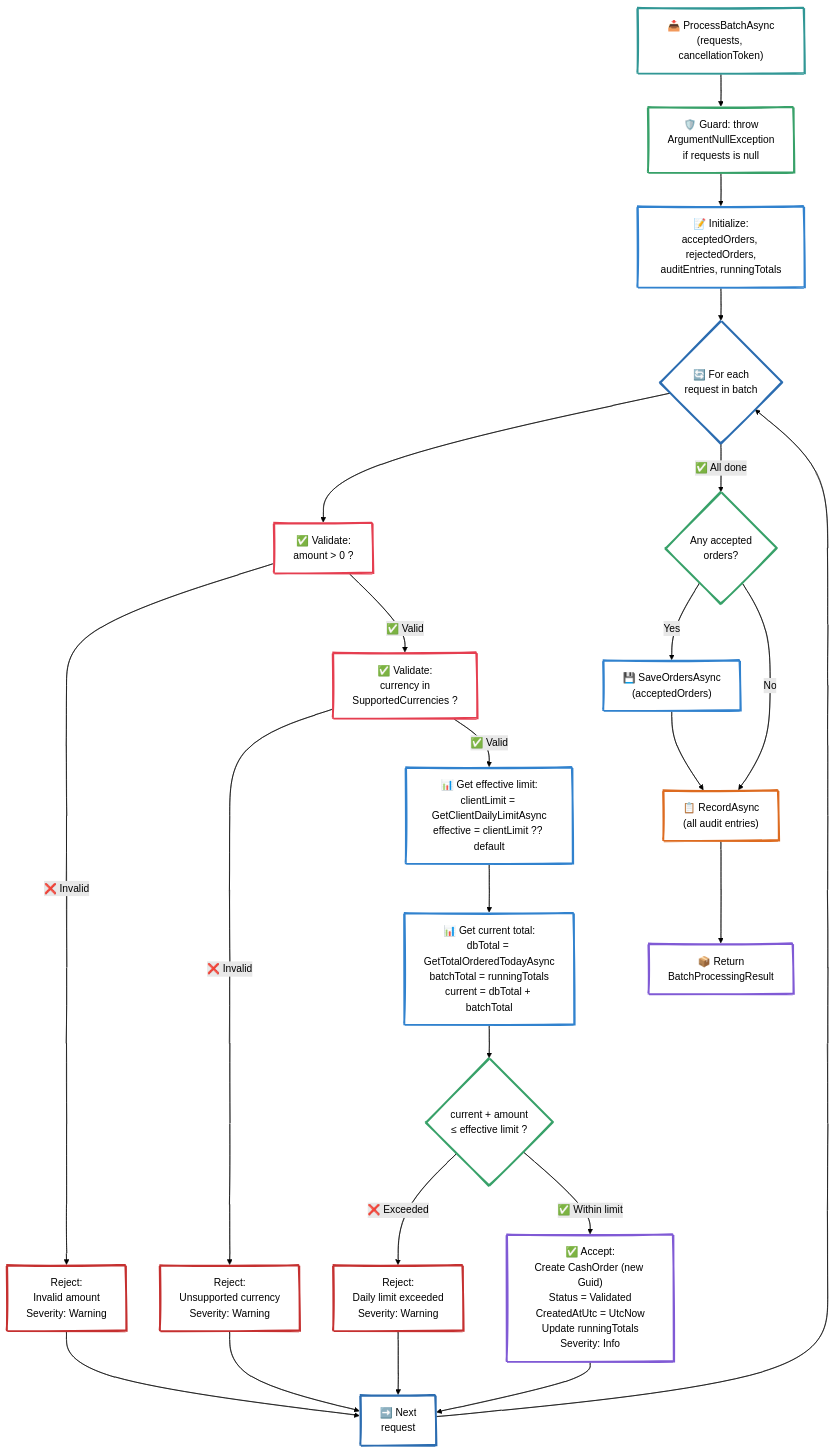
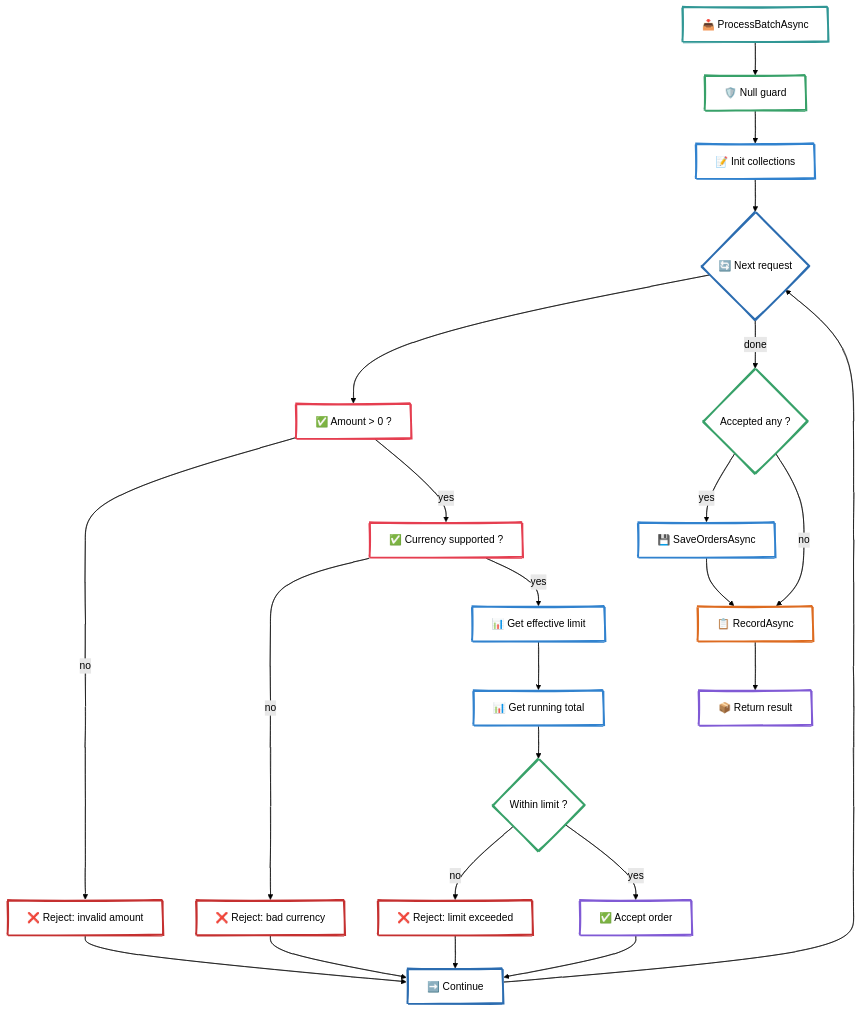
One commit to abezr/adaptive-cash-interview changed the third of 3 diagrams in docs/c4/code.md. Above: the diagram before and after it, drawn with Mermaid (forest theme). The commit also changed other lines of this file, not shown here.

First line of the commit message:
Simplify code diagrams: short labels, no property lists in nodes

````diff
--- a/docs/c4/code.md
+++ b/docs/c4/code.md
@@ -95,64 +119,57 @@
 ```mermaid
 ---
 config:
   look: handDrawn
 ---
 flowchart TD
-    START["📥 ProcessBatchAsync\n(requests, cancellationToken)"]:::input
-    GUARD["🛡️ Guard: throw\nArgumentNullException\nif requests is null"]:::gate
-    INIT["📝 Initialize:\nacceptedOrders, rejectedOrders,\nauditEntries, runningTotals"]:::context
+    START["📥 ProcessBatchAsync"]:::input
+    GUARD["🛡️ Null guard"]:::gate
+    INIT["📝 Init collections"]:::context
 
     START --> GUARD --> INIT --> LOOP
 
-    LOOP{"🔄 For each\nrequest in batch"}:::router
+    LOOP{"🔄 Next request"}:::router
 
-    VAMT["✅ Validate:\namount > 0 ?"]:::agent
+    VAMT["✅ Amount > 0 ?"]:::agent
     LOOP --> VAMT
 
-    VAMT -- "❌ Invalid" --> REJ_AMT["Reject:\nInvalid amount\nSeverity: Warning"]:::escalation
-    VAMT -- "✅ Valid" --> VCUR
+    VAMT -- "no" --> REJ_AMT["❌ Reject: invalid amount"]:::escalation
+    VAMT -- "yes" --> VCUR
 
-    VCUR["✅ Validate:\ncurrency in\nSupportedCurrencies ?"]:::agent
-    VCUR -- "❌ Invalid" --> REJ_CUR["Reject:\nUnsupported currency\nSeverity: Warning"]:::escalation
-    VCUR -- "✅ Valid" --> GET_LIMIT
+    VCUR["✅ Currency supported ?"]:::agent
+    VCUR -- "no" --> REJ_CUR["❌ Reject: bad currency"]:::escalation
+    VCUR -- "yes" --> GET_LIMIT
 
-    GET_LIMIT["📊 Get effective limit:\nclientLimit = GetClientDailyLimitAsync\neffective = clientLimit ?? default"]:::context
+    GET_LIMIT["📊 Get effective limit"]:::context
+    GET_LIMIT --> GET_TOTAL
+    GET_TOTAL["📊 Get running total"]:::context
+    GET_TOTAL --> CHECK
 
-    GET_LIMIT --> GET_TOTAL
+    CHECK{"Within limit ?"}:::gate
+    CHECK -- "no" --> REJ_LIM["❌ Reject: limit exceeded"]:::escalation
+    CHECK -- "yes" --> ACCEPT["✅ Accept order"]:::output
 
-    GET_TOTAL["📊 Get current total:\ndbTotal = GetTotalOrderedTodayAsync\nbatchTotal = runningTotals\ncurrent = dbTotal + batchTotal"]:::context
-
-    GET_TOTAL --> CHECK_LIMIT
-
-    CHECK_LIMIT{"current + amount\n≤ effective limit ?"}:::gate
-    CHECK_LIMIT -- "❌ Exceeded" --> REJ_LIMIT["Reject:\nDaily limit exceeded\nSeverity: Warning"]:::escalation
-    CHECK_LIMIT -- "✅ Within limit" --> ACCEPT
-
-    ACCEPT["✅ Accept:\nCreate CashOrder (new Guid)\nStatus = Validated\nCreatedAtUtc = UtcNow\nUpdate runningTotals\nSeverity: Info"]:::output
-
-    REJ_AMT --> NEXT["➡️ Next\nrequest"]:::router
+    REJ_AMT --> NEXT["➡️ Continue"]:::router
     REJ_CUR --> NEXT
-    REJ_LIMIT --> NEXT
+    REJ_LIM --> NEXT
     ACCEPT --> NEXT
     NEXT --> LOOP
 
-    LOOP -- "✅ All done" --> SAVE
-
-    SAVE{"Any accepted\norders?"}:::gate
-    SAVE -- "Yes" --> PERSIST["💾 SaveOrdersAsync\n(acceptedOrders)"]:::db
-    SAVE -- "No" --> AUDIT_STEP
-    PERSIST --> AUDIT_STEP
-
-    AUDIT_STEP["📋 RecordAsync\n(all audit entries)"]:::audit
-    AUDIT_STEP --> RETURN["📦 Return\nBatchProcessingResult"]:::output
+    LOOP -- "done" --> SAVE
+    SAVE{"Accepted any ?"}:::gate
+    SAVE -- "yes" --> PERSIST["💾 SaveOrdersAsync"]:::db
+    SAVE -- "no" --> AUDIT
+    PERSIST --> AUDIT
+    AUDIT["📋 RecordAsync"]:::audit
+    AUDIT --> RET["📦 Return result"]:::output
 
     classDef input fill:transparent,stroke:#319795,stroke-width:3px
     classDef gate fill:transparent,stroke:#38A169,stroke-width:3px
     classDef context fill:transparent,stroke:#3182CE,stroke-width:3px
     classDef router fill:transparent,stroke:#2B6CB0,stroke-width:3px
     classDef agent fill:transparent,stroke:#E53E50,stroke-width:3px
     classDef escalation fill:transparent,stroke:#C53030,stroke-width:3px
     classDef output fill:transparent,stroke:#805AD5,stroke-width:3px
     classDef db fill:transparent,stroke:#3182CE,stroke-width:3px
     classDef audit fill:transparent,stroke:#DD6B20,stroke-width:3px
 ```
````
